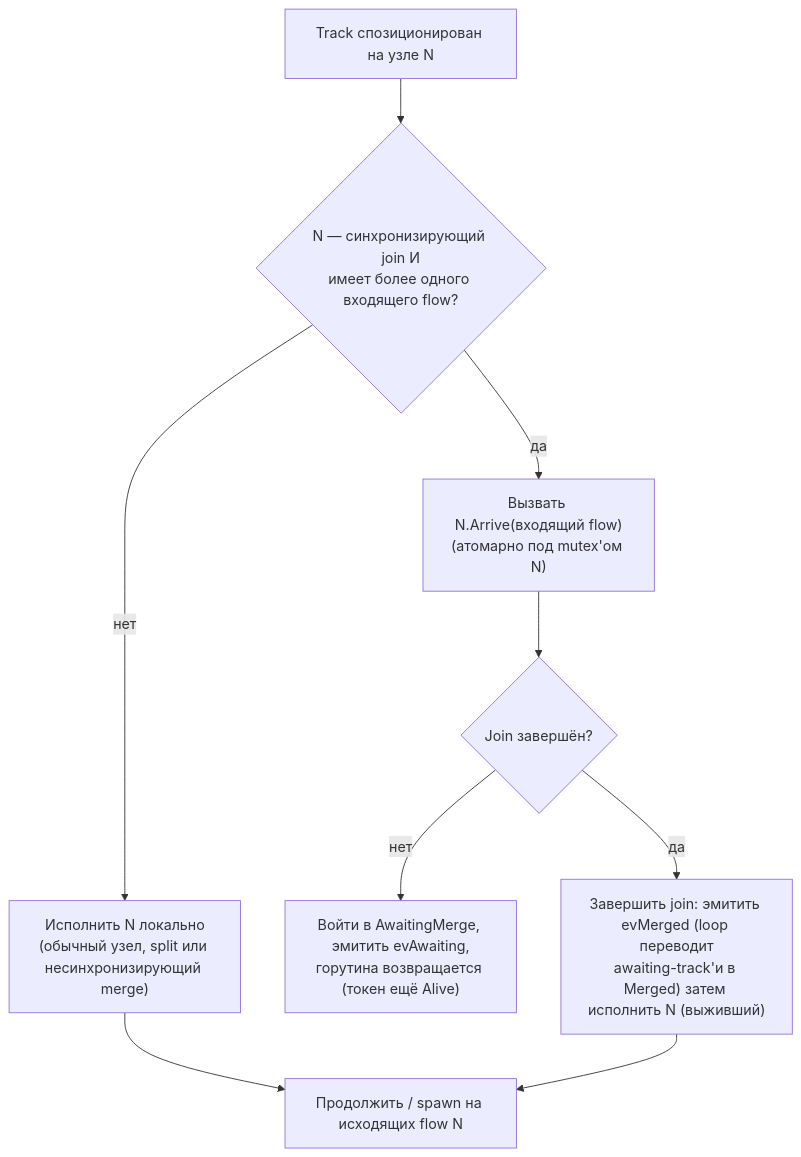
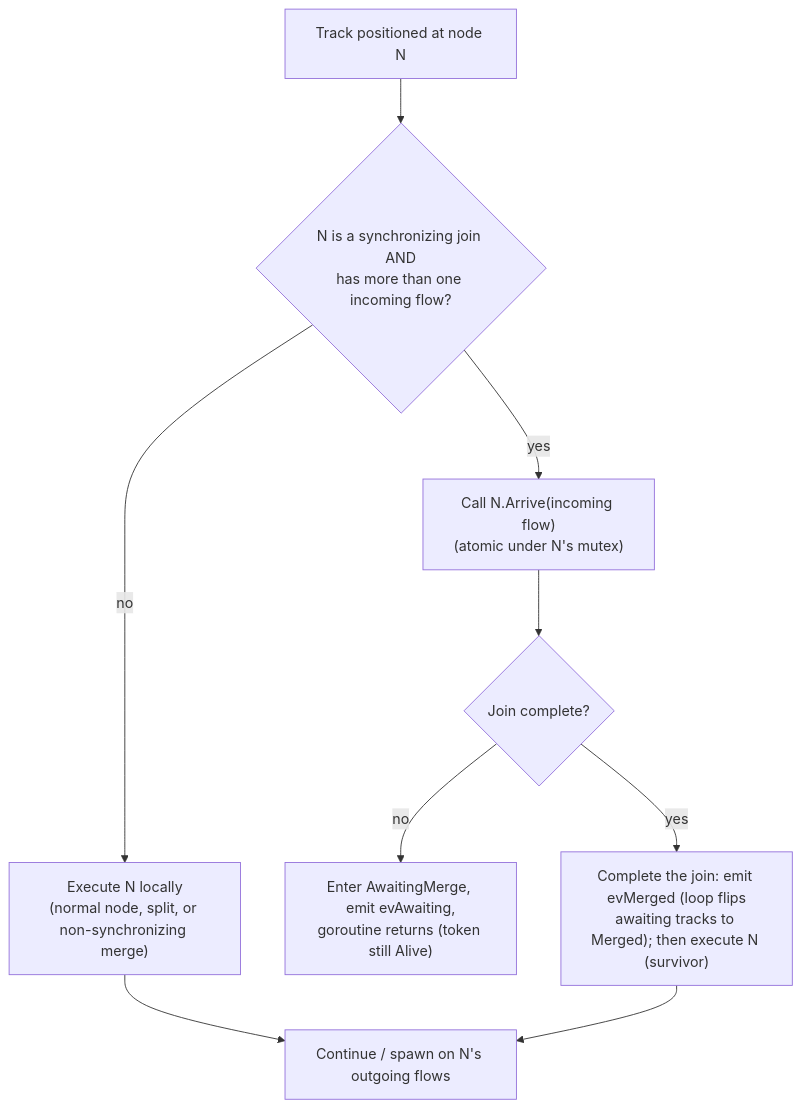
Before and after one commit to dr-dobermann/gobpm: the first of 3 diagrams in docs/design/ADR-005-gateways-and-joins.ru.md, drawn with Mermaid. The commit also changed other lines of this file and 11 other files, not shown here.

````diff
--- a/docs/design/ADR-005-gateways-and-joins.ru.md
+++ b/docs/design/ADR-005-gateways-and-joins.ru.md
@@ -200,11 +207,11 @@
 ```mermaid
 flowchart TD
-    A[Track спозиционирован на узле N] --> B{"N — синхронизирующий join И<br/>имеет более одного входящего flow?"}
-    B -- нет --> C["Исполнить N локально<br/>(обычный узел, split или несинхронизирующий merge)"]
-    B -- да --> E["Вызвать N.Arrive(входящий flow)<br/>(атомарно под mutex'ом N)"]
-    E --> F{Join завершён?}
-    F -- нет --> G["Войти в AwaitingMerge, эмитить evAwaiting,<br/>горутина возвращается (токен ещё Alive)"]
-    F -- да --> H["Завершить join: эмитить evMerged (loop переводит<br/>awaiting-track'и в Merged) затем исполнить N (выживший)"]
-    C --> D[Продолжить / spawn на исходящих flow N]
+    A[Track positioned at node N] --> B{"N is a synchronizing join AND<br/>has more than one incoming flow?"}
+    B -- no --> C["Execute N locally<br/>(normal node, split, or non-synchronizing merge)"]
+    B -- yes --> E["Call N.Arrive(incoming flow)<br/>(atomic under N's mutex)"]
+    E --> F{Join complete?}
+    F -- no --> G["Enter AwaitingMerge, emit evAwaiting,<br/>goroutine returns (token still Alive)"]
+    F -- yes --> H["Complete the join: emit evMerged (loop flips<br/>awaiting tracks to Merged); then execute N (survivor)"]
+    C --> D[Continue / spawn on N's outgoing flows]
     H --> D
 ```
````
